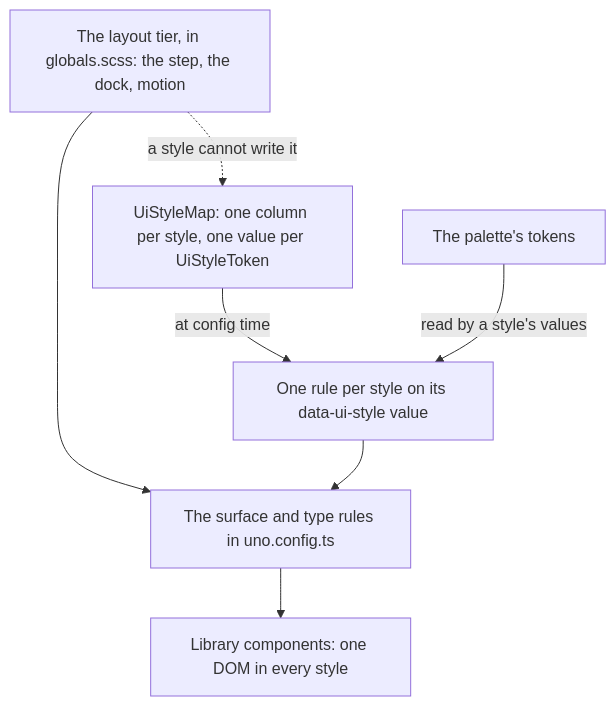
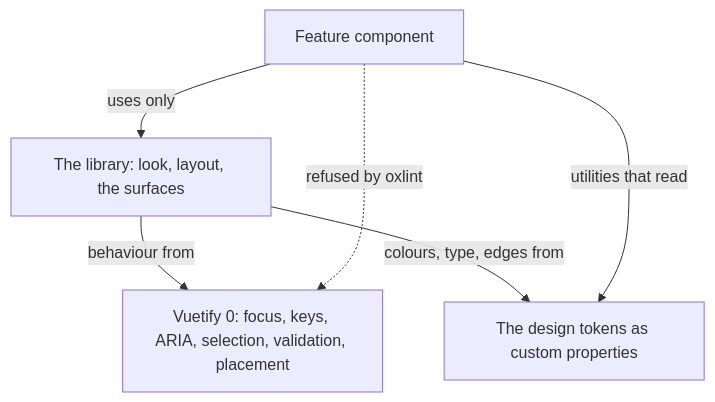
One commit to Esposter/Esposter changed the first of 4 diagrams in apps/web/content/docs/architecture/ui-library.md. Above: the diagram before and after it, drawn with Mermaid. The commit also changed other lines of this file and 96 other files, not shown here.

First line of the commit message:
docs(ui): the UI library is as built — Vuetify's names, skill and staging pages go

````diff
--- a/apps/web/content/docs/architecture/ui-library.md
+++ b/apps/web/content/docs/architecture/ui-library.md
@@ -40,9 +12,8 @@
 ```mermaid
 flowchart TD
-  L[The layout tier, in globals.scss: the step, the dock, motion] --> R[The surface and type rules in uno.config.ts]
-  M[UiStyleMap: one column per style, one value per UiStyleToken] -->|at config time| S[One rule per style on its data-ui-style value]
-  S --> R
-  P[The palette's tokens] -->|read by a style's values| S
-  R --> C[Library components: one DOM in every style]
-  L -.->|a style cannot write it| M
+  F[Feature component] -->|uses only| U[The library: look, layout, the surfaces]
+  U -->|behaviour from| Z[Vuetify 0: focus, keys, ARIA, selection, validation, placement]
+  U -->|colours, type, edges from| T[The design tokens as custom properties]
+  F -->|utilities that read| T
+  F -.->|refused by oxlint| Z
 ```
````
